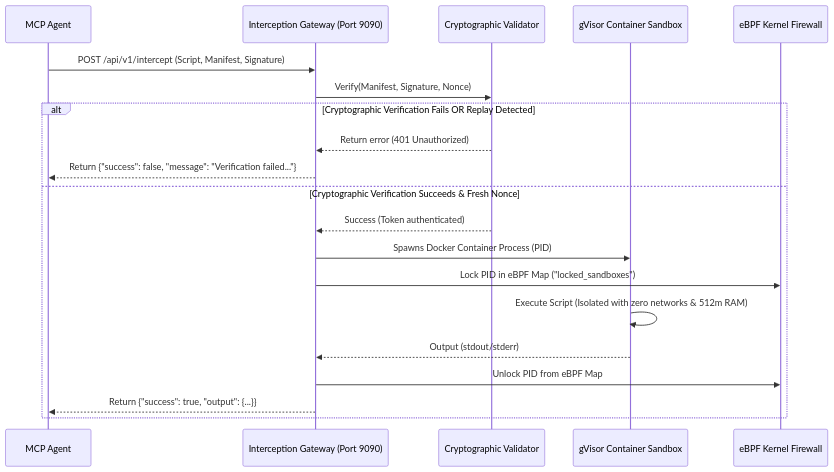
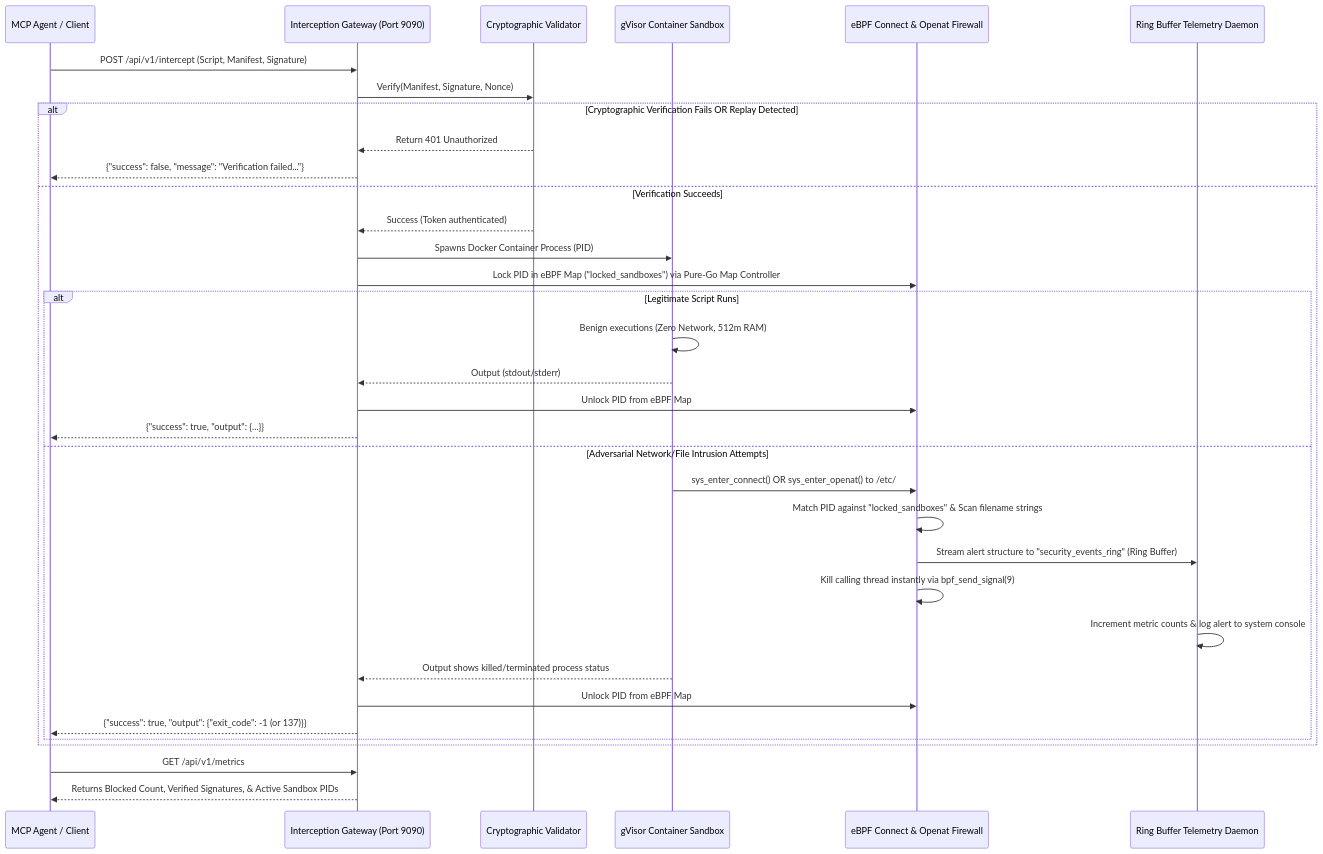
The diagram in testdata.md (rdxkeerthi/NexisCore), drawn with Mermaid before and after one commit. The commit also changed other lines of this file and 9 other files, not shown here.

Commit message:
feat: upgrade eBPF architecture to pure Go maps, sys_enter_openat tracepoint path blocking, Ring Buffer telemetry, and /api/v1/metrics route

````diff
--- a/testdata.md
+++ b/testdata.md
@@ -11,24 +11,40 @@
 ```mermaid
 sequenceDiagram
-    participant User/Agent as MCP Agent
+    participant MCP as MCP Agent / Client
     participant Gateway as Interception Gateway (Port 9090)
     participant Validator as Cryptographic Validator
     participant Sandbox as gVisor Container Sandbox
-    participant Kernel as eBPF Kernel Firewall
+    participant Kernel as eBPF Connect & Openat Firewall
+    participant Daemon as Ring Buffer Telemetry Daemon
 
-    User/Agent->>Gateway: POST /api/v1/intercept (Script, Manifest, Signature)
+    MCP->>Gateway: POST /api/v1/intercept (Script, Manifest, Signature)
     Gateway->>Validator: Verify(Manifest, Signature, Nonce)
     
     alt Cryptographic Verification Fails OR Replay Detected
-        Validator-->>Gateway: Return error (401 Unauthorized)
-        Gateway-->>User/Agent: Return {"success": false, "message": "Verification failed..."}
-    else Cryptographic Verification Succeeds & Fresh Nonce
+        Validator-->>Gateway: Return 401 Unauthorized
+        Gateway-->>MCP: {"success": false, "message": "Verification failed..."}
+    else Verification Succeeds
         Validator-->>Gateway: Success (Token authenticated)
         Gateway->>Sandbox: Spawns Docker Container Process (PID)
-        Gateway->>Kernel: Lock PID in eBPF Map ("locked_sandboxes")
-        Sandbox->>Sandbox: Execute Script (Isolated with zero networks & 512m RAM)
-        Sandbox-->>Gateway: Output (stdout/stderr)
-        Gateway->>Kernel: Unlock PID from eBPF Map
-        Gateway-->>User/Agent: Return {"success": true, "output": {...}}
+        Gateway->>Kernel: Lock PID in eBPF Map ("locked_sandboxes") via Pure-Go Map Controller
+        
+        alt Legitimate Script Runs
+            Sandbox->>Sandbox: Benign executions (Zero Network, 512m RAM)
+            Sandbox-->>Gateway: Output (stdout/stderr)
+            Gateway->>Kernel: Unlock PID from eBPF Map
+            Gateway-->>MCP: {"success": true, "output": {...}}
+        else Adversarial Network/File Intrusion Attempts
+            Sandbox->>Kernel: sys_enter_connect() OR sys_enter_openat() to /etc/
+            Kernel->>Kernel: Match PID against "locked_sandboxes" & Scan filename strings
+            Kernel->>Daemon: Stream alert structure to "security_events_ring" (Ring Buffer)
+            Kernel->>Kernel: Kill calling thread instantly via bpf_send_signal(9)
+            Daemon->>Daemon: Increment metric counts & log alert to system console
+            Sandbox-->>Gateway: Output shows killed/terminated process status
+            Gateway->>Kernel: Unlock PID from eBPF Map
+            Gateway-->>MCP: {"success": true, "output": {"exit_code": -1 (or 137)}}
+        end
     end
+
+    MCP->>Gateway: GET /api/v1/metrics
+    Gateway-->>MCP: Returns Blocked Count, Verified Signatures, & Active Sandbox PIDs
 ```
````
